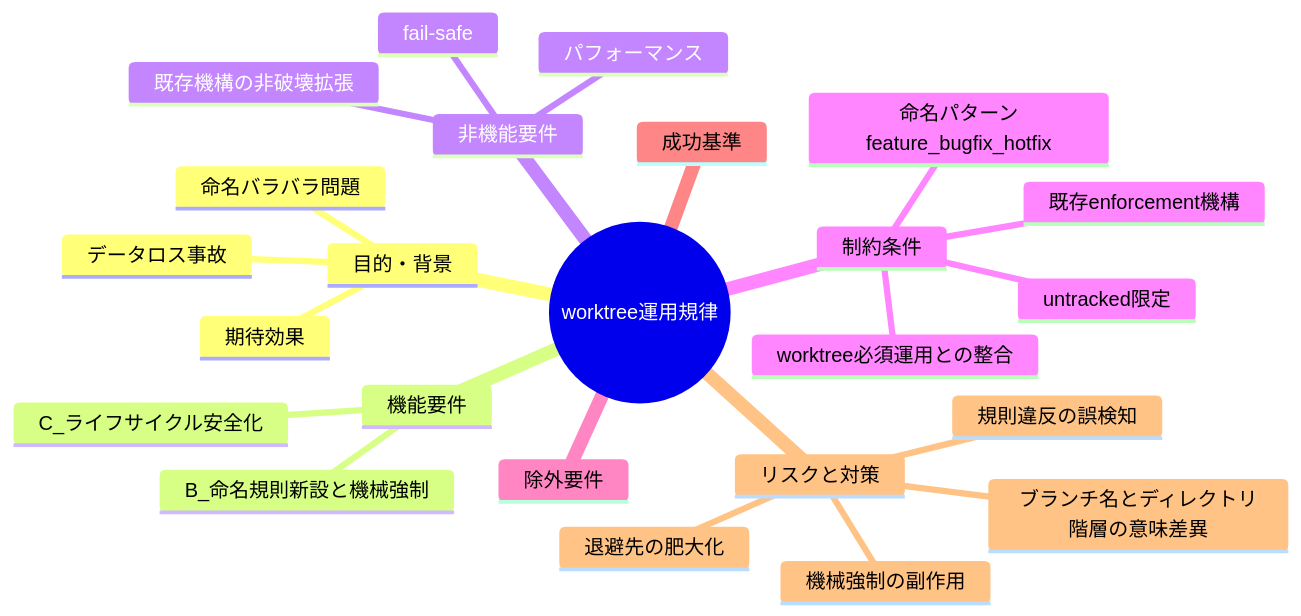
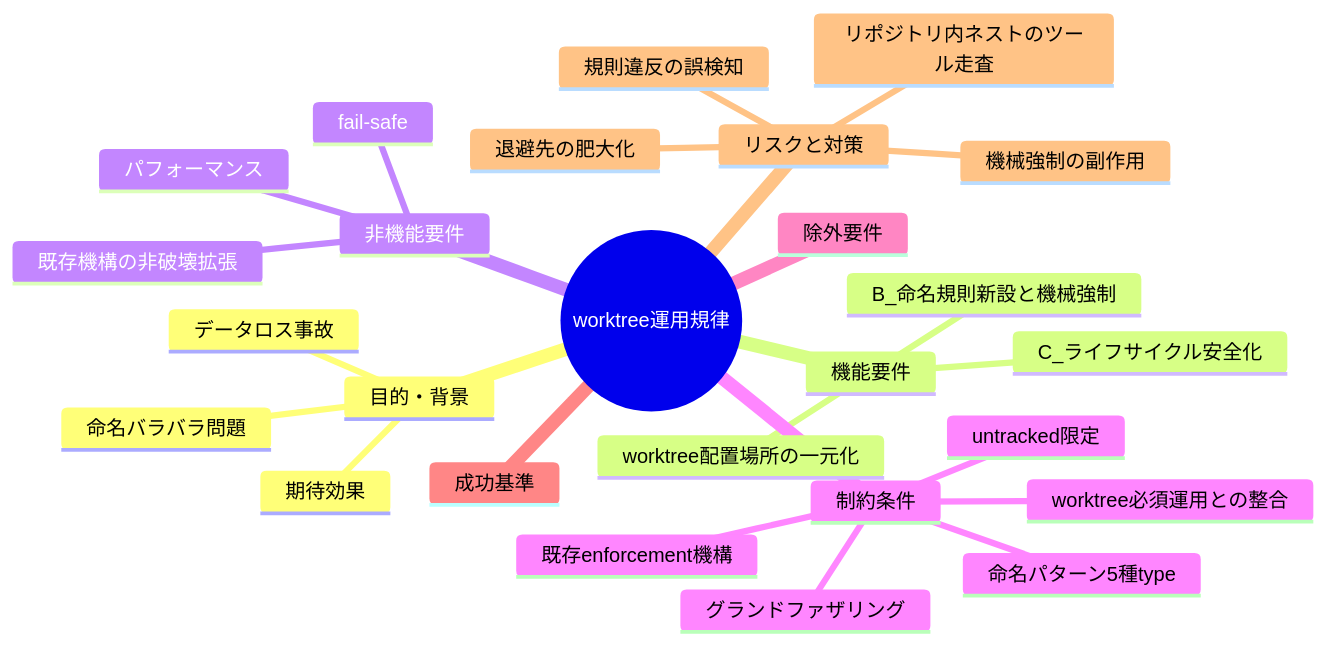
Before and after one commit to techbeansjp-free/AGENTS.md: the first of 2 diagrams in docs/maintainer/workflow/20260716_013937_worktree運用規律/00_要求定義.md, drawn with Mermaid. The commit also changed other lines of this file and 1 other file, not shown here.

````diff
--- a/docs/maintainer/workflow/20260716_013937_worktree運用規律/00_要求定義.md
+++ b/docs/maintainer/workflow/20260716_013937_worktree運用規律/00_要求定義.md
@@ -32,27 +32,29 @@
 ```mermaid
 mindmap
   root((worktree運用規律))
     目的・背景
       命名バラバラ問題
       データロス事故
       期待効果
     機能要件
       B_命名規則新設と機械強制
       C_ライフサイクル安全化
+      worktree配置場所の一元化
     非機能要件
       既存機構の非破壊拡張
       fail-safe
       パフォーマンス
     制約条件
       既存enforcement機構
       untracked限定
-      命名パターンfeature_bugfix_hotfix
+      命名パターン5種type
+      グランドファザリング
       worktree必須運用との整合
     除外要件
     成功基準
     リスクと対策
       機械強制の副作用
       退避先の肥大化
       規則違反の誤検知
-      ブランチ名とディレクトリ階層の意味差異
+      リポジトリ内ネストのツール走査
 ```
````
